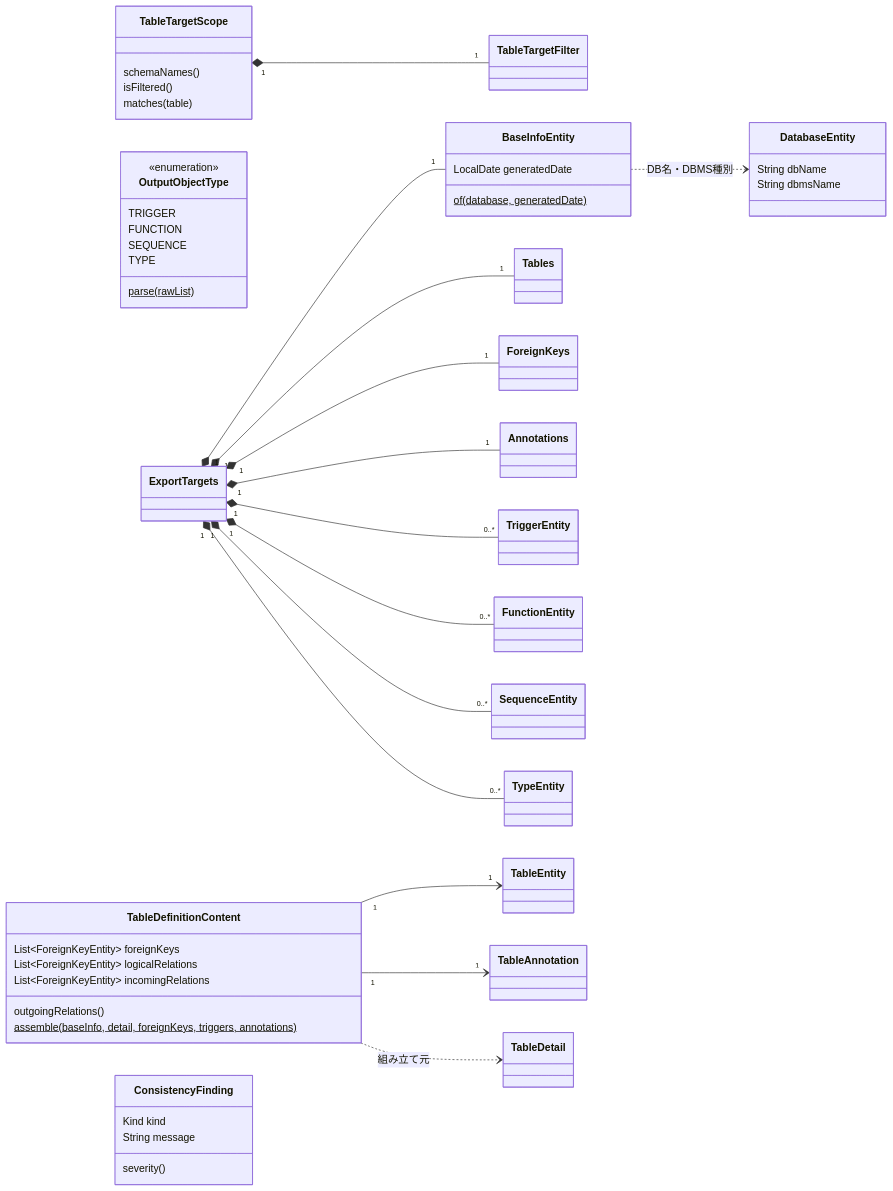
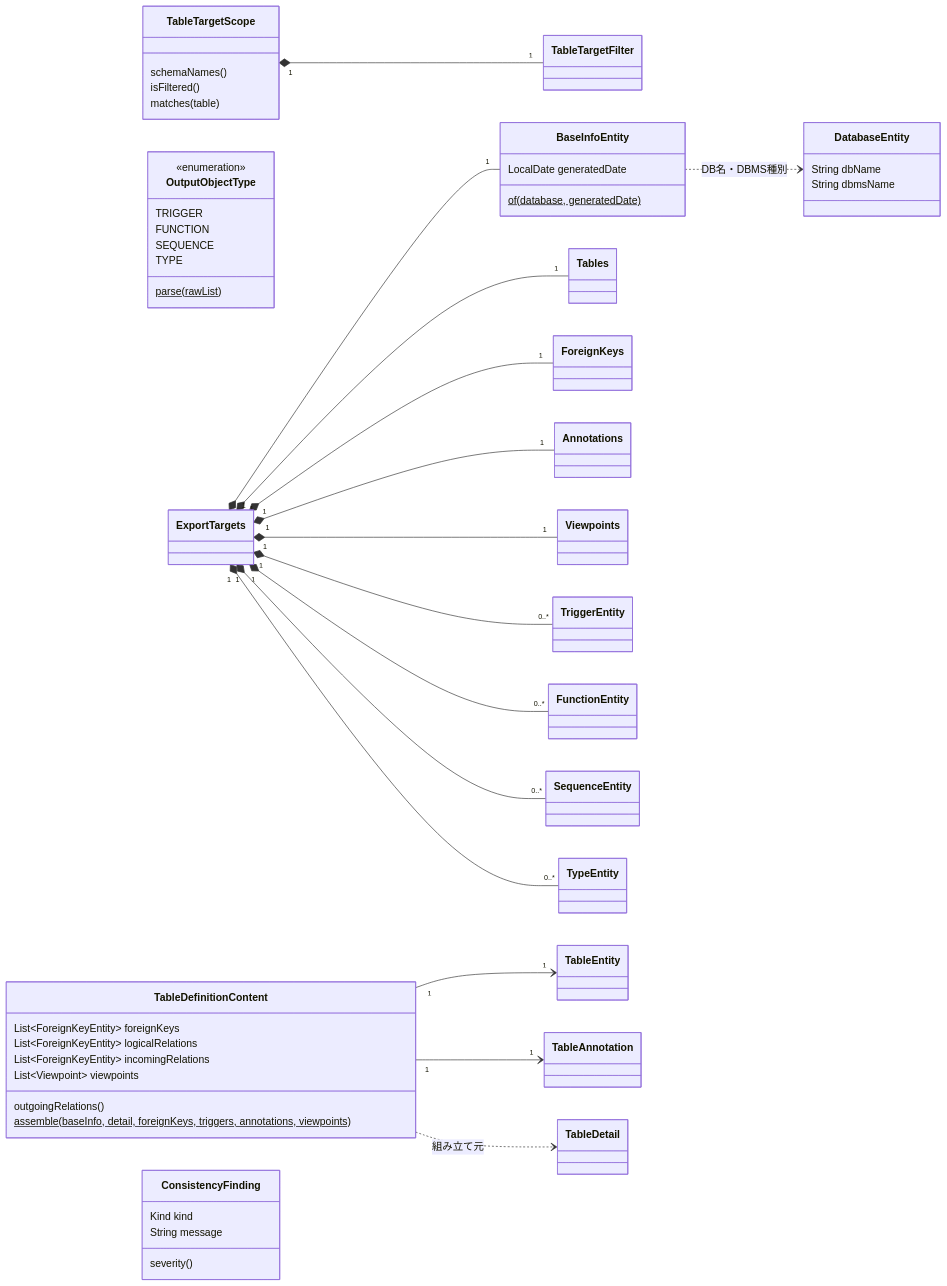
The fifth of 5 diagrams in docs/architecture/domain-model.md (ebichan88/exportTableDefinition), drawn with Mermaid before and after one commit. The commit also changed other lines of this file and 61 other files, not shown here.

````diff
--- a/docs/architecture/domain-model.md
+++ b/docs/architecture/domain-model.md
@@ -176,53 +229,55 @@
 ```mermaid
 classDiagram
   direction LR
   class TableTargetScope {
     schemaNames()
     isFiltered()
     matches(table)
   }
   class TableTargetFilter
   class OutputObjectType {
     <<enumeration>>
     TRIGGER
     FUNCTION
     SEQUENCE
     TYPE
     parse(rawList)$
   }
   class ExportTargets
   class TableDefinitionContent {
     List~ForeignKeyEntity~ foreignKeys
     List~ForeignKeyEntity~ logicalRelations
     List~ForeignKeyEntity~ incomingRelations
+    List~Viewpoint~ viewpoints
     outgoingRelations()
-    assemble(baseInfo, detail, foreignKeys, triggers, annotations)$
+    assemble(baseInfo, detail, foreignKeys, triggers, annotations, viewpoints)$
   }
   class BaseInfoEntity {
     LocalDate generatedDate
     of(database, generatedDate)$
   }
   class DatabaseEntity {
     String dbName
     String dbmsName
   }
   class ConsistencyFinding {
     Kind kind
     String message
     severity()
   }
 
   TableTargetScope "1" *-- "1" TableTargetFilter
   ExportTargets "1" *-- "1" BaseInfoEntity
   ExportTargets "1" *-- "1" Tables
   ExportTargets "1" *-- "1" ForeignKeys
   ExportTargets "1" *-- "1" Annotations
+  ExportTargets "1" *-- "1" Viewpoints
   ExportTargets "1" *-- "0..*" TriggerEntity
   ExportTargets "1" *-- "0..*" FunctionEntity
   ExportTargets "1" *-- "0..*" SequenceEntity
   ExportTargets "1" *-- "0..*" TypeEntity
   BaseInfoEntity ..> DatabaseEntity : DB名・DBMS種別
   TableDefinitionContent "1" --> "1" TableEntity
   TableDefinitionContent "1" --> "1" TableAnnotation
   TableDefinitionContent ..> TableDetail : 組み立て元
 ```
````
